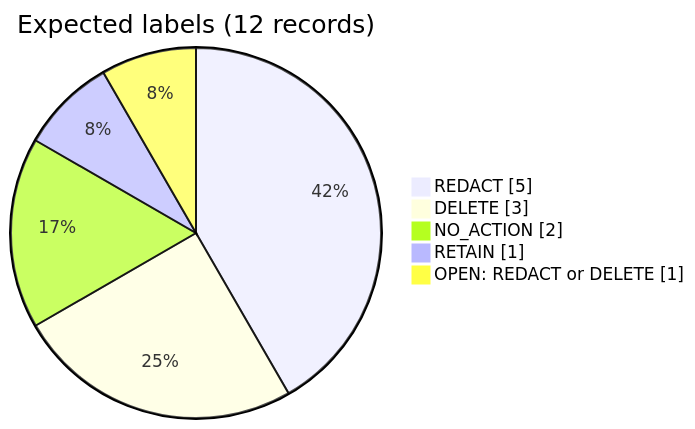
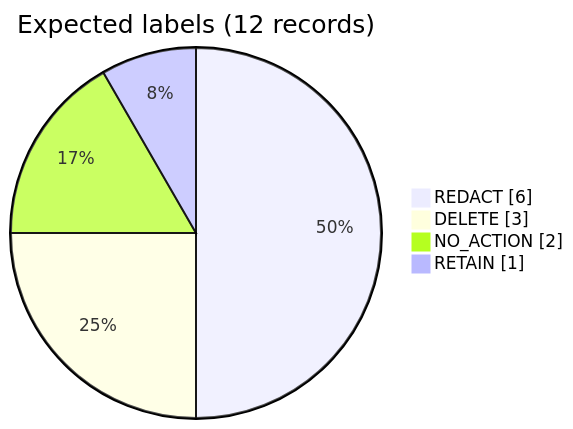
The fourth of 5 diagrams in README.md (timotheeiss/dragon-erase), drawn with Mermaid before and after one commit. The commit also changed other lines of this file, not shown here.

Commit message:
Fix label counts in README chart

````diff
--- a/README.md
+++ b/README.md
@@ -89,8 +89,7 @@
 ```mermaid
 pie showData title Expected labels (12 records)
-    "REDACT" : 5
+    "REDACT" : 6
     "DELETE" : 3
     "NO_ACTION" : 2
     "RETAIN" : 1
-    "OPEN: REDACT or DELETE" : 1
 ```
````
